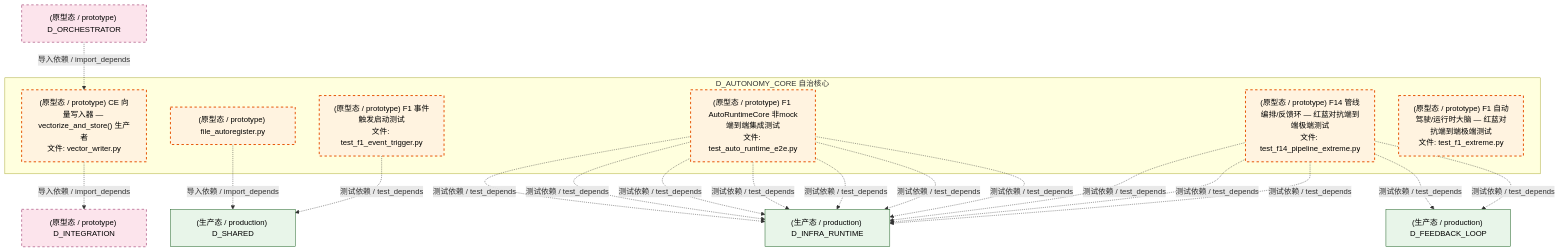
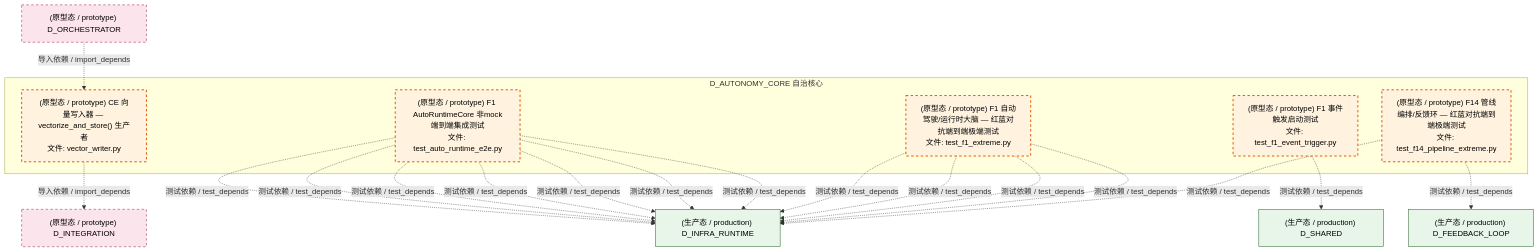
Before and after one commit to xuanFelixVan/ZephyrAlpha: the seventh of 8 diagrams in docs/02_enterprise_architecture/02_domain_architecture_docs/07_d_autonomy_core.md, drawn with Mermaid. The commit also changed other lines of this file and 102 other files, not shown here.

````diff
--- a/docs/02_enterprise_architecture/02_domain_architecture_docs/07_d_autonomy_core.md
+++ b/docs/02_enterprise_architecture/02_domain_architecture_docs/07_d_autonomy_core.md
@@ -763,39 +763,38 @@
 ```mermaid
 graph TD
     subgraph D_AUTONOMY_CORE["D_AUTONOMY_CORE 自治核心"]
-        src_zephyr_autonomy_core_file_autoregister_py["(原型态 / prototype) file_autoregister.py"]
         src_zephyr_integration_vector_memory_vector_writer_py["(原型态 / prototype) CE 向量写入器 — vectorize_and_store() 生产者<br/>文件: vector_writer.py"]
         tests_automation_test_auto_runtime_e2e_py["(原型态 / prototype) F1 AutoRuntimeCore 非mock端到端集成测试<br/>文件: test_auto_runtime_e2e.py"]
         tests_f_lifecycle_test_f1_event_trigger_py["(原型态 / prototype) F1 事件触发启动测试<br/>文件: test_f1_event_trigger.py"]
         tests_trading_extreme_test_f14_pipeline_extreme_py["(原型态 / prototype) F14 管线编排/反馈环 — 红蓝对抗端到端极端测试<br/>文件: test_f14_pipeline_extreme.py"]
         tests_trading_extreme_test_f1_extreme_py["(原型态 / prototype) F1 自动驾驶/运行时大脑 — 红蓝对抗端到端极端测试<br/>文件: test_f1_extreme.py"]
     end
-    D_SHARED["(生产态 / production) D_SHARED"]
-    src_zephyr_autonomy_core_file_autoregister_py -.->|导入依赖 / import_depends| D_SHARED
     D_INTEGRATION["(原型态 / prototype) D_INTEGRATION"]
     src_zephyr_integration_vector_memory_vector_writer_py -.->|导入依赖 / import_depends| D_INTEGRATION
     D_INFRA_RUNTIME["(生产态 / production) D_INFRA_RUNTIME"]
     tests_automation_test_auto_runtime_e2e_py -.->|测试依赖 / test_depends| D_INFRA_RUNTIME
     tests_automation_test_auto_runtime_e2e_py -.->|测试依赖 / test_depends| D_INFRA_RUNTIME
     tests_automation_test_auto_runtime_e2e_py -.->|测试依赖 / test_depends| D_INFRA_RUNTIME
     tests_automation_test_auto_runtime_e2e_py -.->|测试依赖 / test_depends| D_INFRA_RUNTIME
     tests_automation_test_auto_runtime_e2e_py -.->|测试依赖 / test_depends| D_INFRA_RUNTIME
     tests_automation_test_auto_runtime_e2e_py -.->|测试依赖 / test_depends| D_INFRA_RUNTIME
     tests_automation_test_auto_runtime_e2e_py -.->|测试依赖 / test_depends| D_INFRA_RUNTIME
+    D_SHARED["(生产态 / production) D_SHARED"]
     tests_f_lifecycle_test_f1_event_trigger_py -.->|测试依赖 / test_depends| D_SHARED
+    tests_trading_extreme_test_f1_extreme_py -.->|测试依赖 / test_depends| D_INFRA_RUNTIME
+    tests_trading_extreme_test_f1_extreme_py -.->|测试依赖 / test_depends| D_INFRA_RUNTIME
+    tests_trading_extreme_test_f1_extreme_py -.->|测试依赖 / test_depends| D_INFRA_RUNTIME
+    tests_trading_extreme_test_f1_extreme_py -.->|测试依赖 / test_depends| D_INFRA_RUNTIME
     D_FEEDBACK_LOOP["(生产态 / production) D_FEEDBACK_LOOP"]
-    tests_trading_extreme_test_f14_pipeline_extreme_py -.->|测试依赖 / test_depends| D_FEEDBACK_LOOP
-    tests_trading_extreme_test_f14_pipeline_extreme_py -.->|测试依赖 / test_depends| D_INFRA_RUNTIME
-    tests_trading_extreme_test_f14_pipeline_extreme_py -.->|测试依赖 / test_depends| D_INFRA_RUNTIME
     tests_trading_extreme_test_f14_pipeline_extreme_py -.->|测试依赖 / test_depends| D_FEEDBACK_LOOP
     tests_trading_extreme_test_f14_pipeline_extreme_py -.->|测试依赖 / test_depends| D_INFRA_RUNTIME
     D_ORCHESTRATOR["(原型态 / prototype) D_ORCHESTRATOR"]
     D_ORCHESTRATOR -.->|导入依赖 / import_depends| src_zephyr_integration_vector_memory_vector_writer_py
     classDef production fill:#e1f5fe,stroke:#01579b,stroke-width:2px,color:#000
     classDef design fill:#fff3e0,stroke:#e65100,stroke-width:2px,color:#000,stroke-dasharray: 5 5
     classDef external_prod fill:#e8f5e9,stroke:#1b5e20,stroke-width:1px,color:#000
     classDef external_design fill:#fce4ec,stroke:#880e4f,stroke-width:1px,color:#000,stroke-dasharray: 5 5
-    class src_zephyr_autonomy_core_file_autoregister_py,src_zephyr_integration_vector_memory_vector_writer_py,tests_automation_test_auto_runtime_e2e_py,tests_f_lifecycle_test_f1_event_trigger_py,tests_trading_extreme_test_f14_pipeline_extreme_py,tests_trading_extreme_test_f1_extreme_py design
-    class D_SHARED,D_INFRA_RUNTIME,D_FEEDBACK_LOOP external_prod
+    class src_zephyr_integration_vector_memory_vector_writer_py,tests_automation_test_auto_runtime_e2e_py,tests_f_lifecycle_test_f1_event_trigger_py,tests_trading_extreme_test_f14_pipeline_extreme_py,tests_trading_extreme_test_f1_extreme_py design
+    class D_INFRA_RUNTIME,D_SHARED,D_FEEDBACK_LOOP external_prod
     class D_INTEGRATION,D_ORCHESTRATOR external_design
 ```
````
